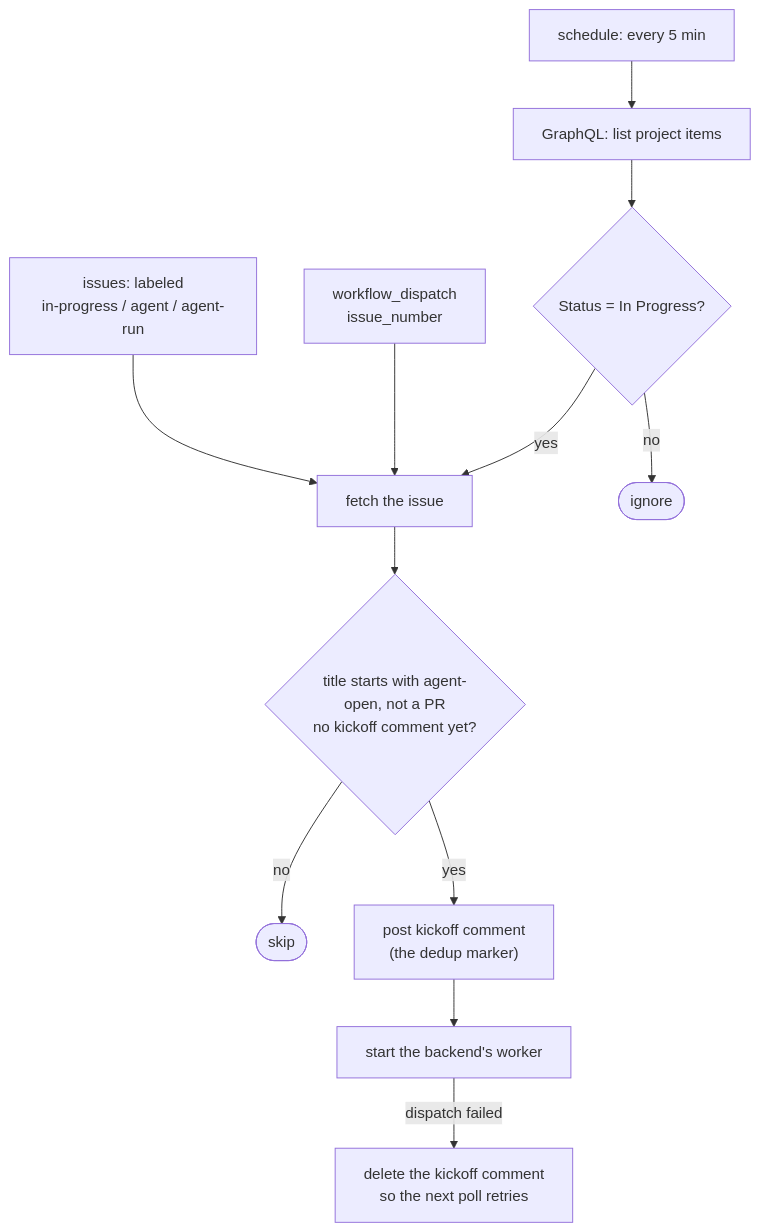
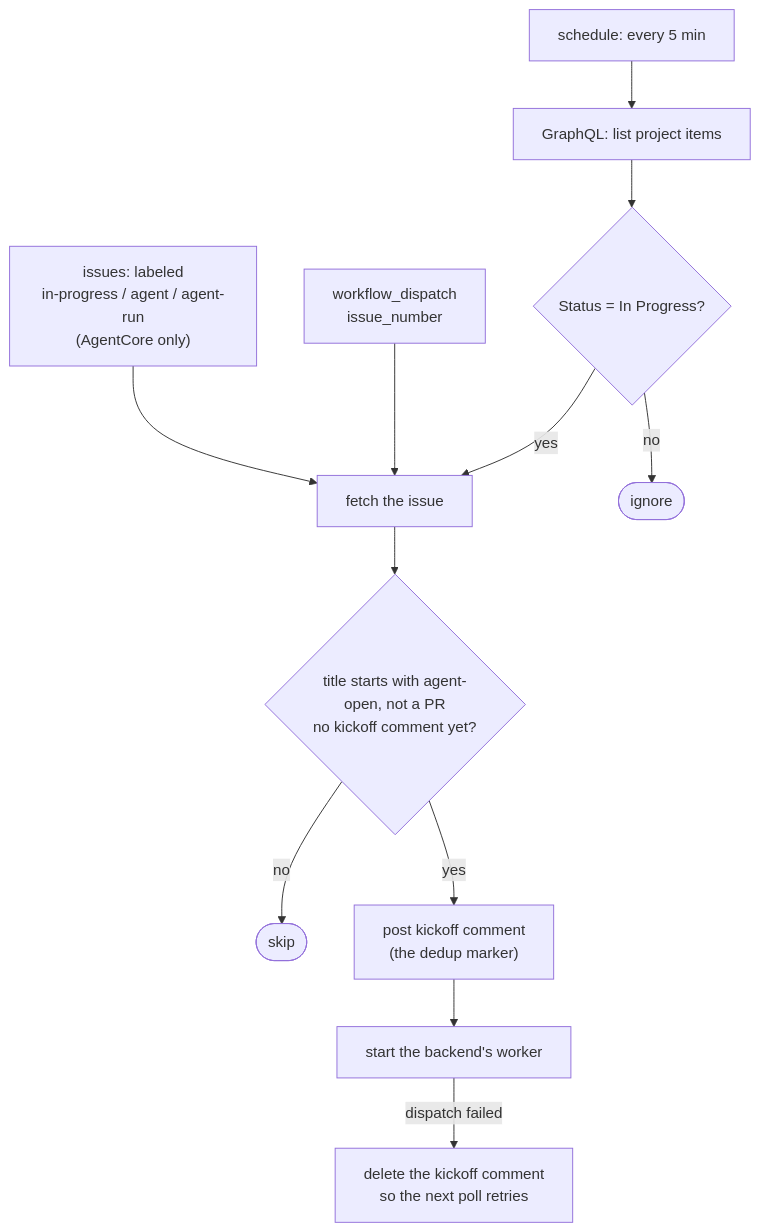
Before and after one commit to kaushalavardhanam/kaushalavardhanam: the first of 5 diagrams in README.md, drawn with Mermaid. The commit also changed other lines of this file and 2 other files, not shown here.

First line of the commit message:
Make the Cursor backend manual-only and drop the OIDC debug step

````diff
--- a/README.md
+++ b/README.md
@@ -24,14 +24,14 @@
 ```mermaid
 flowchart TD
     cron["schedule: every 5 min"] --> scan["GraphQL: list project items"]
-    label["issues: labeled<br/>in-progress / agent / agent-run"] --> fetch
+    label["issues: labeled<br/>in-progress / agent / agent-run<br/>(AgentCore only)"] --> fetch
     manual["workflow_dispatch<br/>issue_number"] --> fetch
     scan --> inprog{"Status = In Progress?"}
     inprog -- no --> stop1(["ignore"])
     inprog -- yes --> fetch["fetch the issue"]
     fetch --> gate{"title starts with agent-<br/>open, not a PR<br/>no kickoff comment yet?"}
     gate -- no --> stop2(["skip"])
     gate -- yes --> claim["post kickoff comment<br/>(the dedup marker)"]
     claim --> dispatch["start the backend's worker"]
     dispatch -- "dispatch failed" --> unclaim["delete the kickoff comment<br/>so the next poll retries"]
 ```
````
